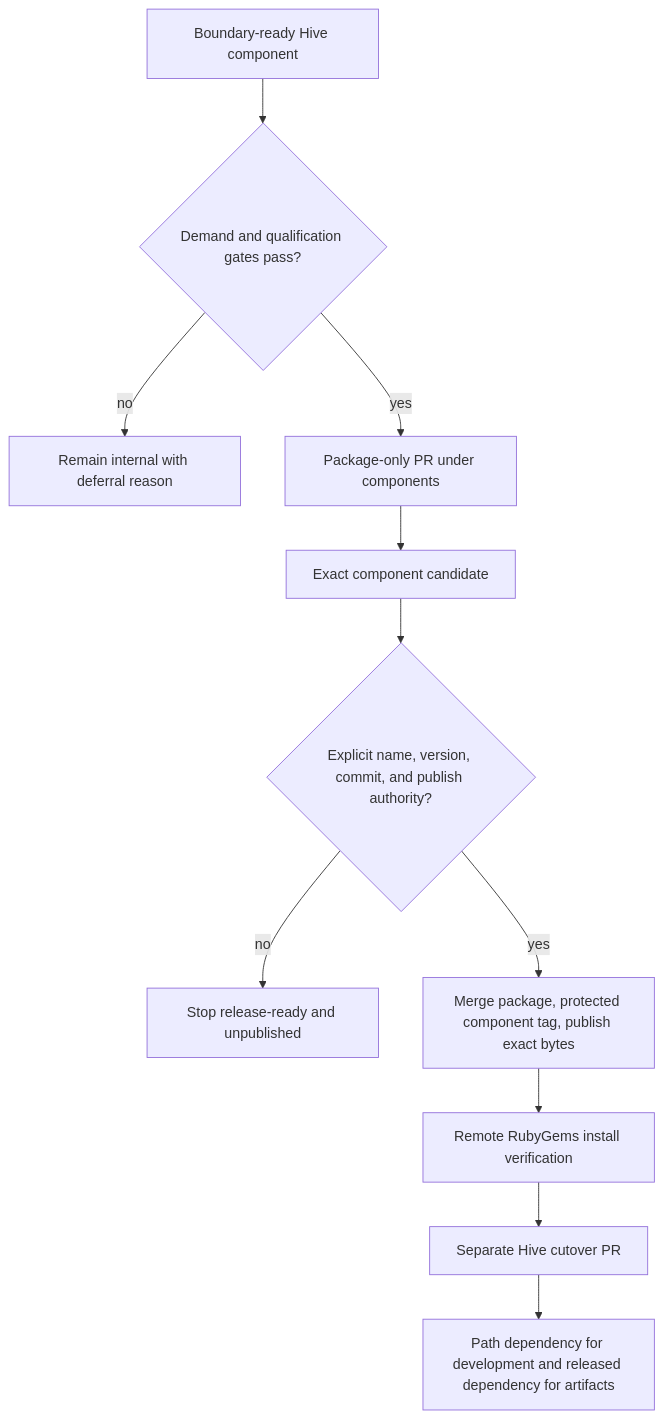
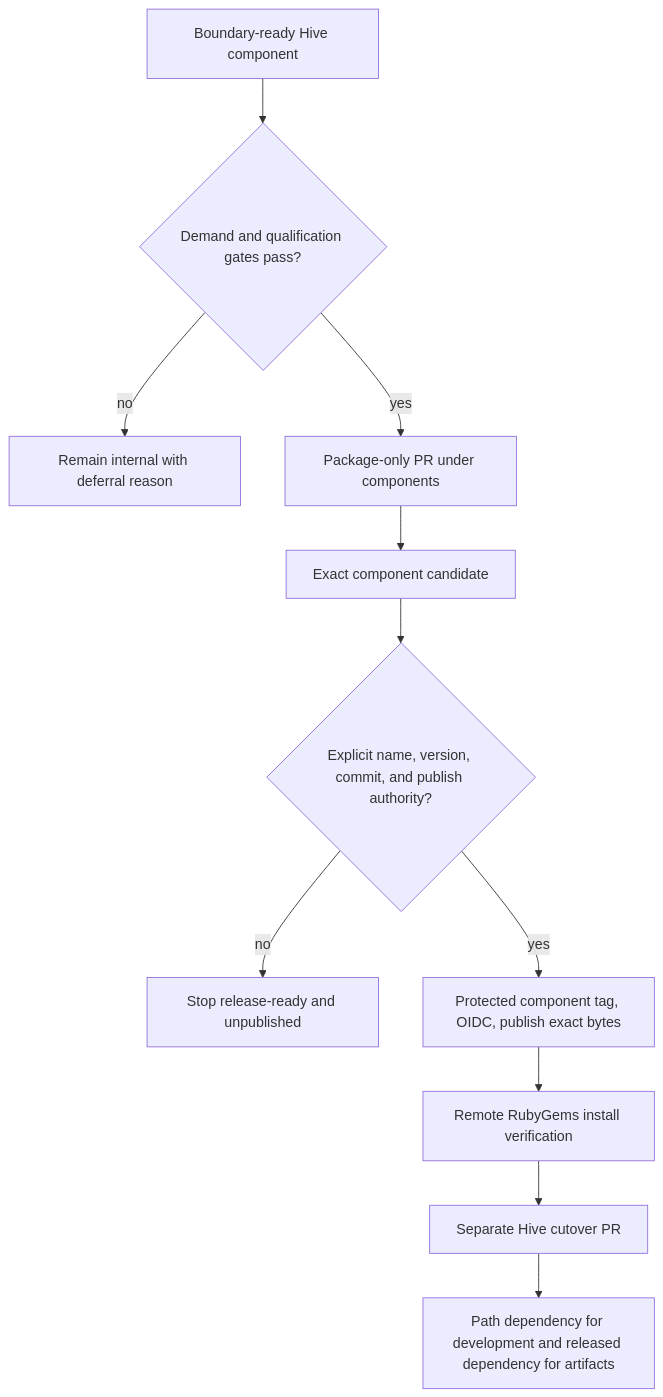
Before and after one commit to ivankuznetsov/hive: the diagram in docs/plans/2026-07-25-002-feat-standalone-component-gems-plan.md, drawn with Mermaid. The commit also changed other lines of this file, not shown here.

Commit message:
docs(agent-runtime): specialize standalone package plan

````diff
--- a/docs/plans/2026-07-25-002-feat-standalone-component-gems-plan.md
+++ b/docs/plans/2026-07-25-002-feat-standalone-component-gems-plan.md
@@ -206,13 +219,13 @@
 ```mermaid
 flowchart TB
   B[Boundary-ready Hive component] --> Q{Demand and qualification gates pass?}
   Q -->|no| D[Remain internal with deferral reason]
   Q -->|yes| P[Package-only PR under components]
   P --> C[Exact component candidate]
   C --> G{Explicit name, version, commit, and publish authority?}
   G -->|no| H[Stop release-ready and unpublished]
-  G -->|yes| R[Merge package, protected component tag, publish exact bytes]
+  G -->|yes| R[Protected component tag, OIDC, publish exact bytes]
   R --> V[Remote RubyGems install verification]
   V --> X[Separate Hive cutover PR]
   X --> Y[Path dependency for development and released dependency for artifacts]
 ```
````
